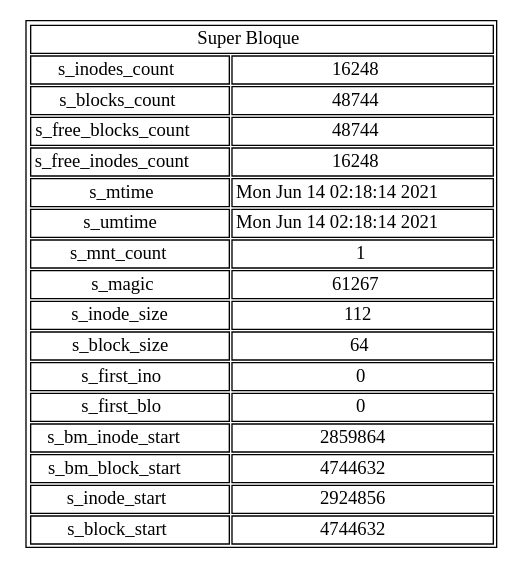
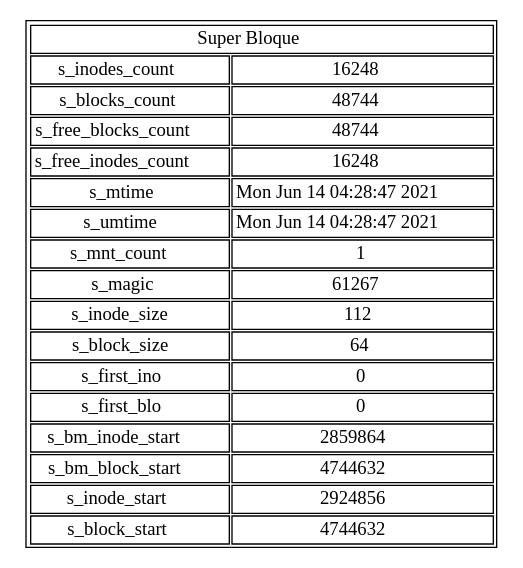
One commit to Audrie8a/MIA_P1_201801263 changed the diagram in sb.dot. Above: the diagram before and after it, drawn with Graphviz. The commit also changed 4 other files, not shown here.

```diff
--- a/sb.dot
+++ b/sb.dot
@@ -1,75 +1,75 @@
 digraph g{
 	     nodo [ shape=plaintext label=<
 	 	        <table border='1' cellborder='1'>
 	 	 	            <tr>
 	 	 	 	               <td colspan="2" >Super Bloque</td>
 	 	 	            </tr>
 	 	 	            <tr>
 	 	 	 	               <td>s_inodes_count</td>
 	 	 	 	               <td>16248</td>
 	 	 	            </tr>
 	 	 	            <tr>
 	 	 	 	               <td>s_blocks_count</td>
 	 	 	 	               <td>48744</td>
 	 	 	            </tr>
 	 	 	            <tr>
 	 	 	 	               <td>s_free_blocks_count</td>
 	 	 	 	               <td>48744</td>
 	 	 	            </tr>
 	 	 	            <tr>
 	 	 	 	                <td>s_free_inodes_count</td>
 	 	 	 	                <td>16248</td>
 	 	 	            </tr>
 	 	 	            <tr>
 	 	 	 	                <td>s_mtime</td>
-	 	 	 	                <td>Mon Jun 14 02:18:14 2021
+	 	 	 	                <td>Mon Jun 14 04:28:47 2021
 </td>
 	 	 	            </tr>
 	 	 	            <tr>
 	 	 	 	                <td>s_umtime</td>
-	 	 	 	                <td>Mon Jun 14 02:18:14 2021
+	 	 	 	                <td>Mon Jun 14 04:28:47 2021
 </td>
 	 	 	            </tr>
 	 	 	            <tr>
 	 	 	 	                <td>s_mnt_count</td>
 	 	 	 	                <td>1</td>
 	 	 	            </tr>
 	 	 	            <tr>
 	 	 	 	                <td>s_magic</td>
 	 	 	 	                <td>61267</td>
 	 	 	            </tr>
 	 	 	            <tr>
 	 	 	 	                <td>s_inode_size</td>
 	 	 	 	                <td>112</td>
 	 	 	            </tr>
 	 	 	            <tr>
 	 	 	 	                <td>s_block_size</td>
 	 	 	 	                <td>64</td>
 	 	 	            </tr>
 	 	 	            <tr>
 	 	 	 	                <td>s_first_ino</td>
 	 	 	 	                <td>0</td>
 	 	 	            </tr>
 	 	 	            <tr>
 	 	 	 	                <td>s_first_blo</td>
 	 	 	 	                <td>0</td>
 	 	 	            </tr>
 	 	 	            <tr>
 	 	 	 	                <td>s_bm_inode_start</td>
 	 	 	 	                <td>2859864</td>
 	 	 	            </tr>
 	 	 	            <tr>
 	 	 	 	                <td>s_bm_block_start</td>
 	 	 	 	                <td>4744632</td>
 	 	 	            </tr>
 	 	 	            <tr>
 	 	 	 	                <td>s_inode_start</td>
 	 	 	 	                <td>2924856</td>
 	 	 	            </tr>
 	 	 	            <tr>
 	 	 	 	                <td>s_block_start</td>
 	 	 	 	                <td>4744632</td>
 	 	 	            </tr>
 	 	        </table>
 	     >];
 }
```
